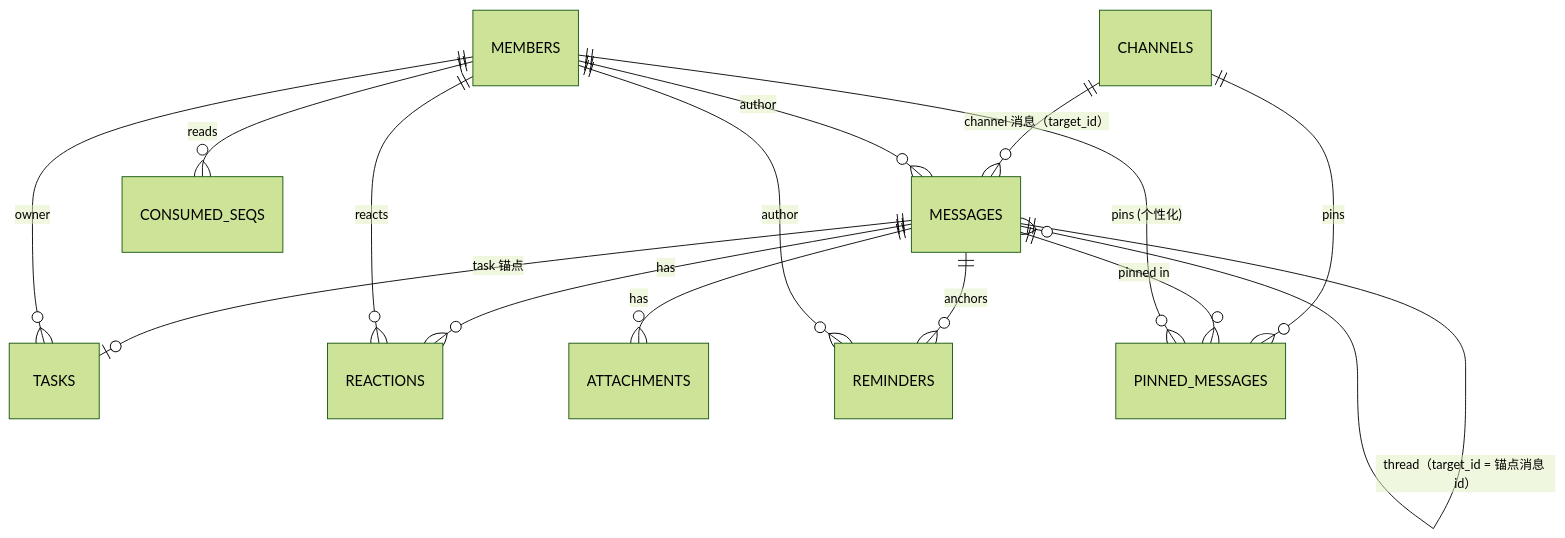
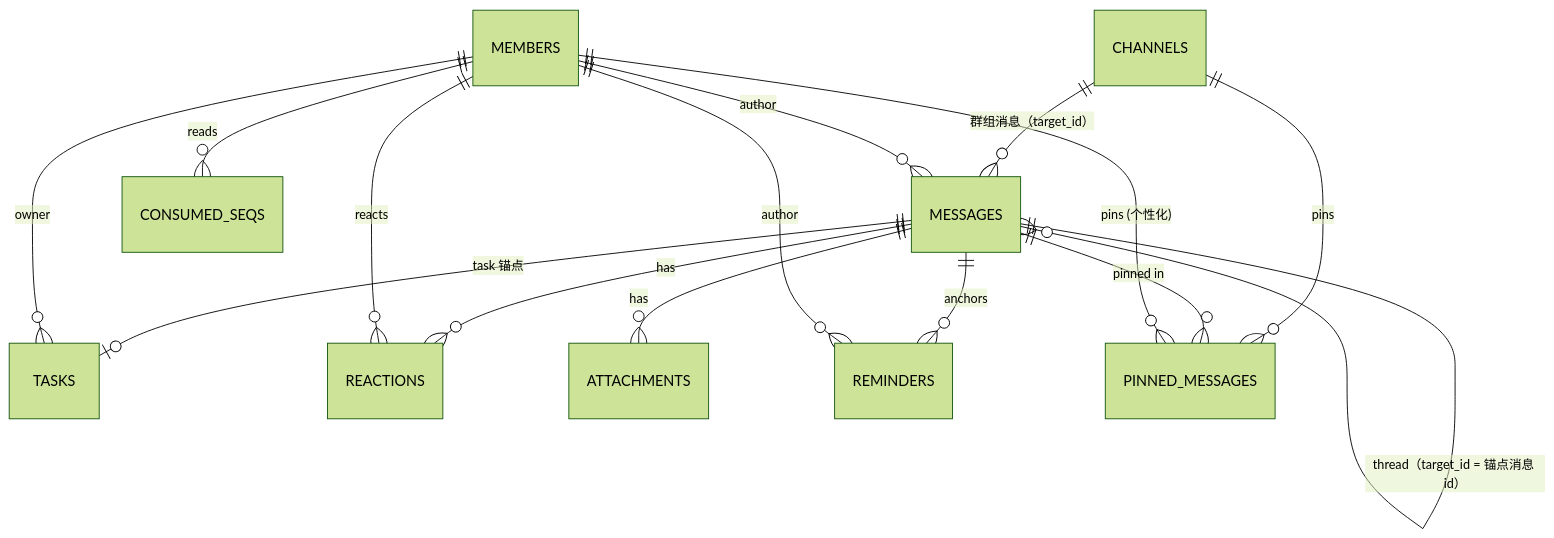
One commit to whutlichao/worksplice changed the second of 2 diagrams in docs/spec.md. Above: the diagram before and after it, drawn with Mermaid (forest theme). The commit also changed other lines of this file and 38 other files, not shown here.

````diff
--- a/docs/spec.md
+++ b/docs/spec.md
@@ -422,17 +422,17 @@
 ```mermaid
 erDiagram
-    CHANNELS ||--o{ MESSAGES : "channel 消息（target_id）"
+    CHANNELS ||--o{ MESSAGES : "群组消息（target_id）"
     MEMBERS ||--o{ MESSAGES : "author"
     MESSAGES ||--o{ MESSAGES : "thread（target_id = 锚点消息 id）"
     MESSAGES ||--o| TASKS : "task 锚点"
     MEMBERS ||--o{ TASKS : "owner"
     MESSAGES ||--o{ REACTIONS : "has"
     MEMBERS ||--o{ REACTIONS : "reacts"
     MESSAGES ||--o{ ATTACHMENTS : "has"
     MESSAGES ||--o{ REMINDERS : "anchors"
     MEMBERS ||--o{ REMINDERS : "author"
     CHANNELS ||--o{ PINNED_MESSAGES : "pins"
     MESSAGES ||--o{ PINNED_MESSAGES : "pinned in"
     MEMBERS ||--o{ PINNED_MESSAGES : "pins (个性化)"
     MEMBERS ||--o{ CONSUMED_SEQS : "reads"
 ```
````
